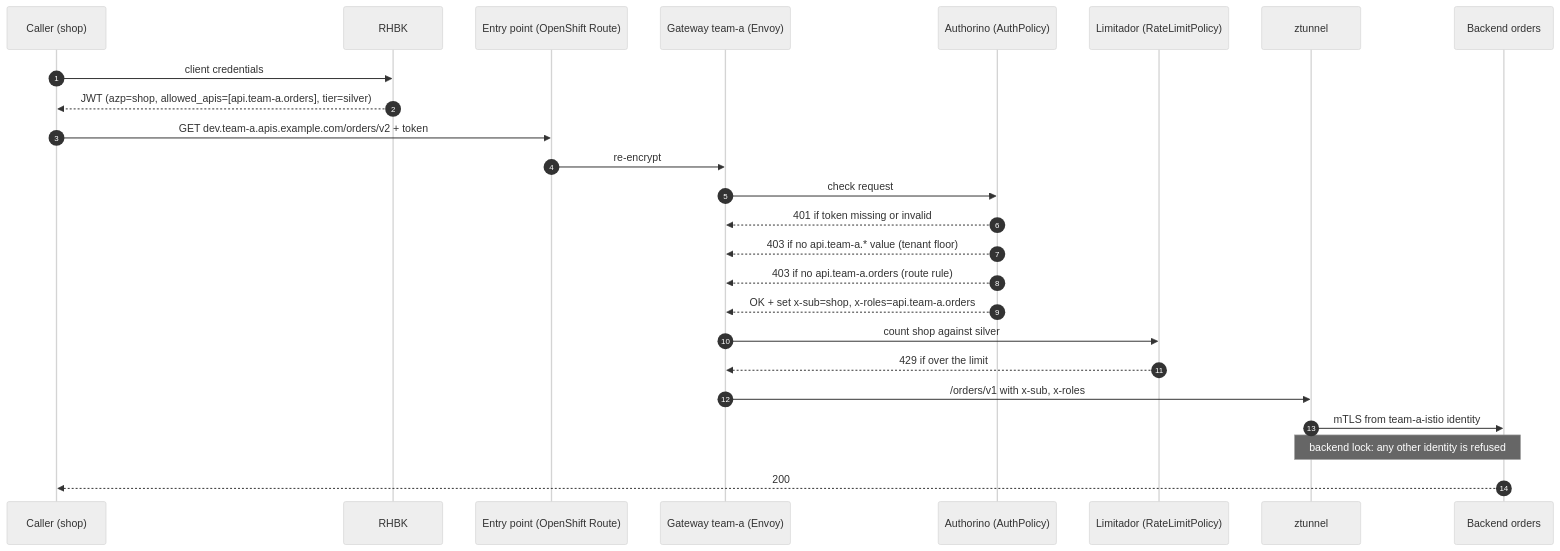
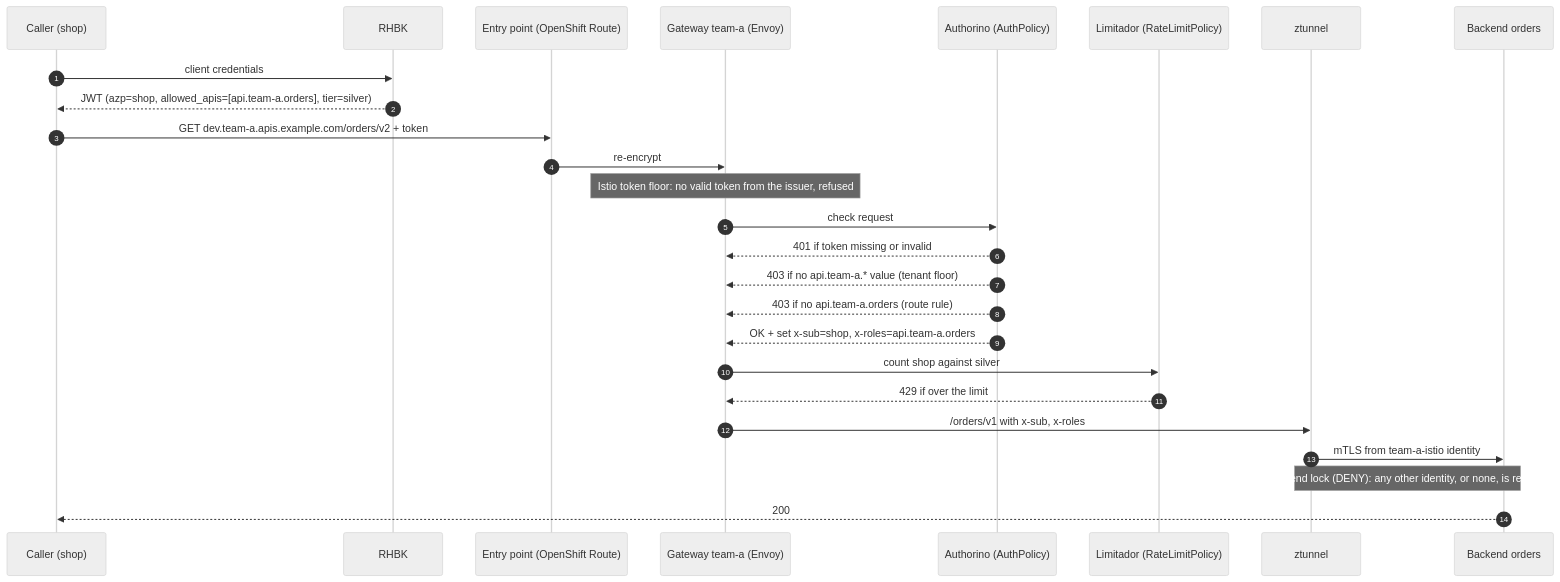
Before and after one commit to stakater/mto-extension-api-gateway: the third of 6 diagrams in docs/diagrams.md, drawn with Mermaid (neutral theme). The commit also changed other lines of this file and 13 other files, not shown here.

Commit message:
Review fixes: DENY backend lock, fixed baseline condition and issuer, token floor, deny per listener, fail closed

````diff
--- a/docs/diagrams.md
+++ b/docs/diagrams.md
@@ -66,27 +68,28 @@
 ```mermaid
 sequenceDiagram
   autonumber
   participant C as Caller (shop)
   participant K as RHBK
   participant E as Entry point (OpenShift Route)
   participant G as Gateway team-a (Envoy)
   participant A as Authorino (AuthPolicy)
   participant L as Limitador (RateLimitPolicy)
   participant Z as ztunnel
   participant B as Backend orders
   C->>K: client credentials
   K-->>C: JWT (azp=shop, allowed_apis=[api.team-a.orders], tier=silver)
   C->>E: GET dev.team-a.apis.example.com/orders/v2 + token
   E->>G: re-encrypt
+  Note over G: Istio token floor: no valid token from the issuer, refused
   G->>A: check request
   A-->>G: 401 if token missing or invalid
   A-->>G: 403 if no api.team-a.* value (tenant floor)
   A-->>G: 403 if no api.team-a.orders (route rule)
   A-->>G: OK + set x-sub=shop, x-roles=api.team-a.orders
   G->>L: count shop against silver
   L-->>G: 429 if over the limit
   G->>Z: /orders/v1 with x-sub, x-roles
   Z->>B: mTLS from team-a-istio identity
-  Note over Z,B: backend lock: any other identity is refused
+  Note over Z,B: backend lock (DENY): any other identity, or none, is refused
   B-->>C: 200
 ```
````
